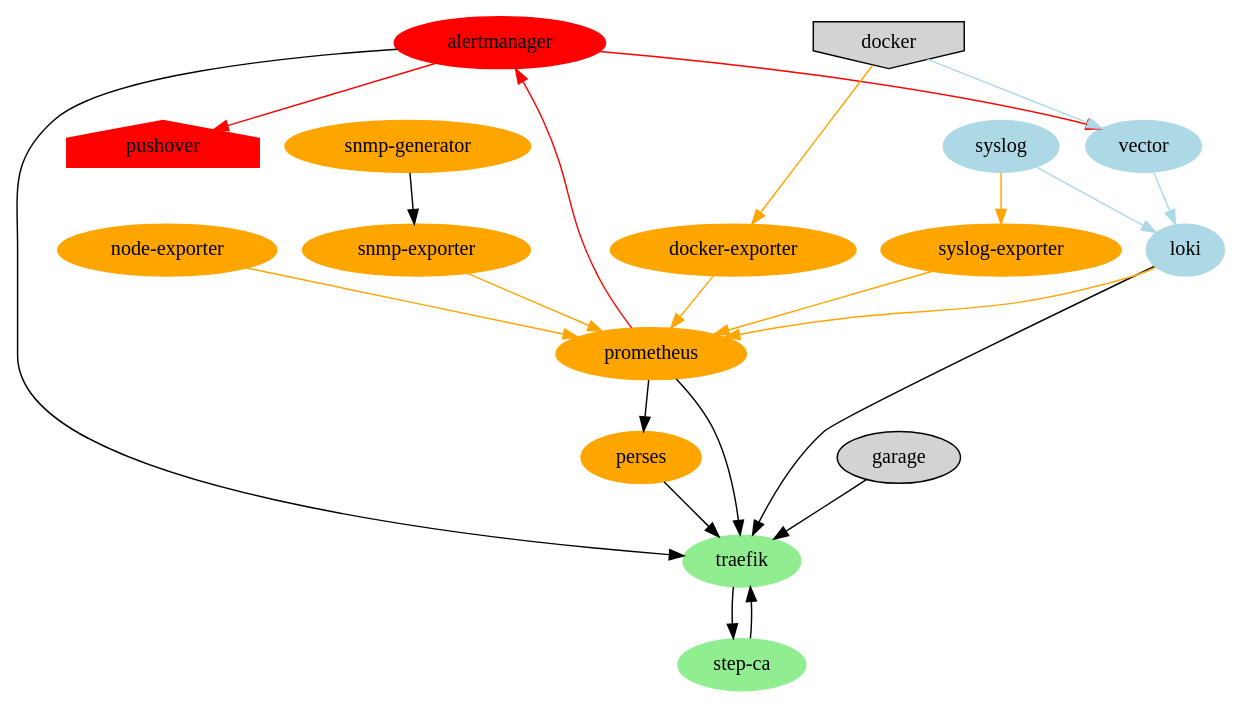
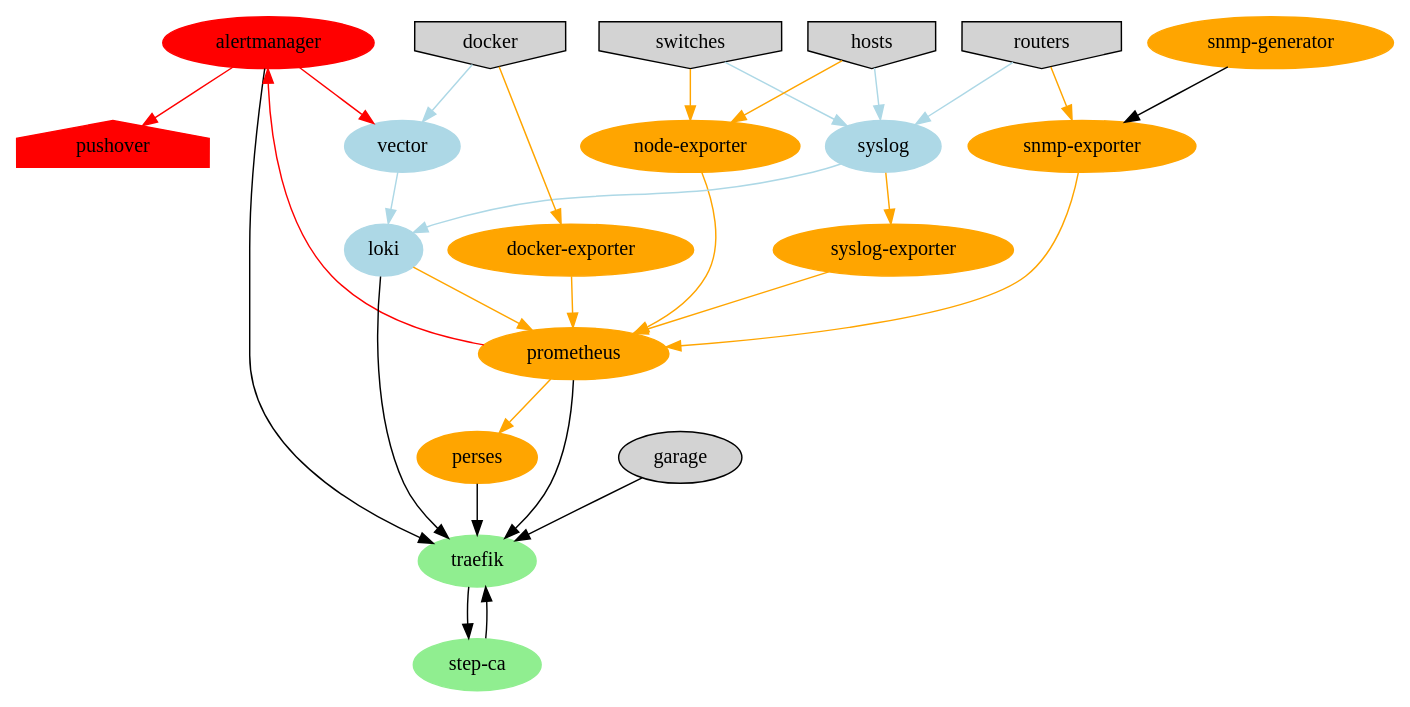
Before and after one commit to larsks/keg-services: the diagram in components.dot, drawn with Graphviz. The commit also changed 2 other files, not shown here.

Commit message:
README and diagram updates
Describe more services in the README, and make the components diagram more
complete.

```diff
--- a/components.dot
+++ b/components.dot
@@ -1,48 +1,58 @@
 digraph {
     node [style="filled"]
 
     # container services
     alertmanager [color="red", fillcolor="red"]
     traefik [color="lightgreen", fillcolor="lightgreen"]
     "step-ca" [color="lightgreen", fillcolor="lightgreen"]
     prometheus [color=orange, fillcolor=orange]
     perses [color=orange, fillcolor=orange]
     "docker-exporter" [color=orange, fillcolor=orange]
     "node-exporter" [color=orange, fillcolor=orange]
     "snmp-exporter" [color=orange, fillcolor=orange]
     "snmp-generator" [color=orange, fillcolor=orange]
     syslog [color=lightblue, fillcolor=lightblue]
     "syslog-exporter" [color=orange, fillcolor=orange]
     vector [color=lightblue, fillcolor=lightblue]
     loki [color=lightblue, fillcolor=lightblue]
 
     # external services
     pushover [shape=house, color=red, fillcolor=red]
     docker [shape=invhouse]
+    switches [shape=invhouse]
+    routers [shape=invhouse]
+    hosts [shape=invhouse]
 
     traefik -> "step-ca"
     "step-ca" -> traefik
     alertmanager -> traefik
     garage -> traefik
     perses -> traefik
     prometheus -> traefik
     loki -> traefik
 
     syslog -> loki [color=lightblue]
     vector -> loki [color=lightblue]
     docker -> vector [color=lightblue]
     syslog -> "syslog-exporter" [color=orange]
 
     alertmanager -> vector [color=red]
     prometheus -> alertmanager [color=red]
-    prometheus -> perses
+    prometheus -> perses [color=orange]
     alertmanager -> pushover [color=red]
+
+    switches -> "node-exporter" [color=orange]
+    hosts -> "node-exporter" [color=orange]
+    hosts -> syslog [color=lightblue]
+    switches -> syslog [color=lightblue]
+    routers -> syslog [color=lightblue]
+    routers -> "snmp-exporter" [color=orange]
 
     docker -> "docker-exporter" [color=orange]
     "docker-exporter" -> prometheus [color=orange]
     "node-exporter" -> prometheus [color=orange]
     "snmp-exporter" -> prometheus [color=orange]
     "snmp-generator" -> "snmp-exporter"
     "syslog-exporter" -> prometheus [color=orange]
     loki -> prometheus [color=orange]
   }
```
